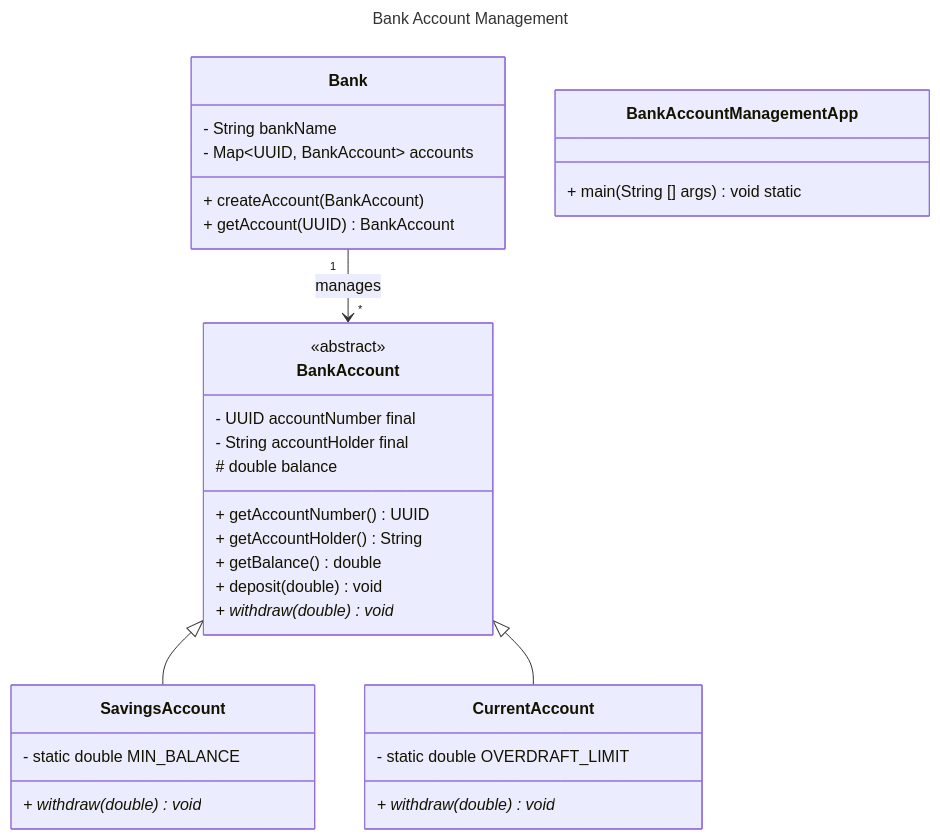
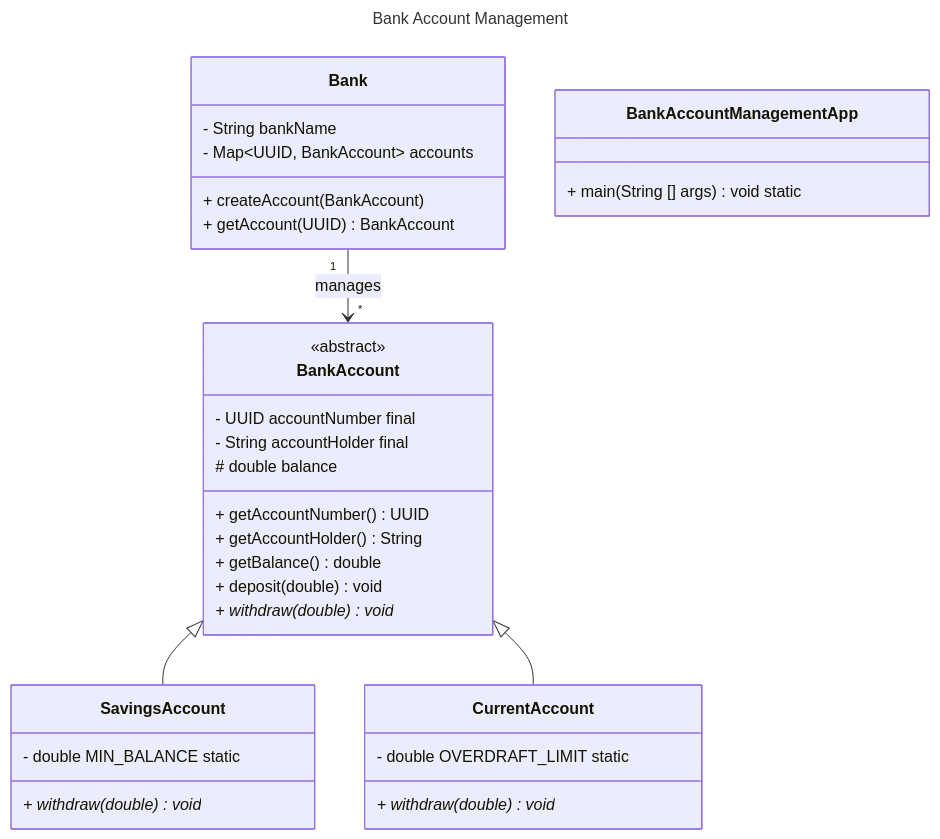
The diagram in OOP/2_Problems_Solving_Using_OOP/Easy/Bank_Account_Management/ClassDiagram_BankAccountManagementApp.md (srimani-ravikumar/interview-prep), drawn with Mermaid before and after one commit.

Commit message:
update to relationship mapping

````diff
--- a/OOP/2_Problems_Solving_Using_OOP/Easy/Bank_Account_Management/ClassDiagram_BankAccountManagementApp.md
+++ b/OOP/2_Problems_Solving_Using_OOP/Easy/Bank_Account_Management/ClassDiagram_BankAccountManagementApp.md
@@ -1,40 +1,40 @@
 ```mermaid
 ---
 title: Bank Account Management
 ---
 classDiagram
 direction TB
     class BankAccount {
 	    - UUID accountNumber final
 	    - String accountHolder final
 	    # double balance
 	    + getAccountNumber() UUID
 	    + getAccountHolder() String
 	    + getBalance() double
 	    + deposit(double) void
 	    + withdraw(double) void* 
     }
     class SavingsAccount {
-	    - static double MIN_BALANCE
+	    - double MIN_BALANCE static
 	    + withdraw(double) void*
     }
     class CurrentAccount {
-	    - static double OVERDRAFT_LIMIT
+	    - double OVERDRAFT_LIMIT static
 	    + withdraw(double) void*
     }
     class Bank {
 	    - String bankName
 	    - Map~UUID, BankAccount~ accounts
 	    + createAccount(BankAccount)
 	    + getAccount(UUID) BankAccount
     }
     class BankAccountManagementApp {
 	    + main(String [] args) void static
     }
 
 	<<abstract>> BankAccount
 
     BankAccount <|-- SavingsAccount
     BankAccount <|-- CurrentAccount
     Bank "1" --> "*" BankAccount : manages
 ```
````
